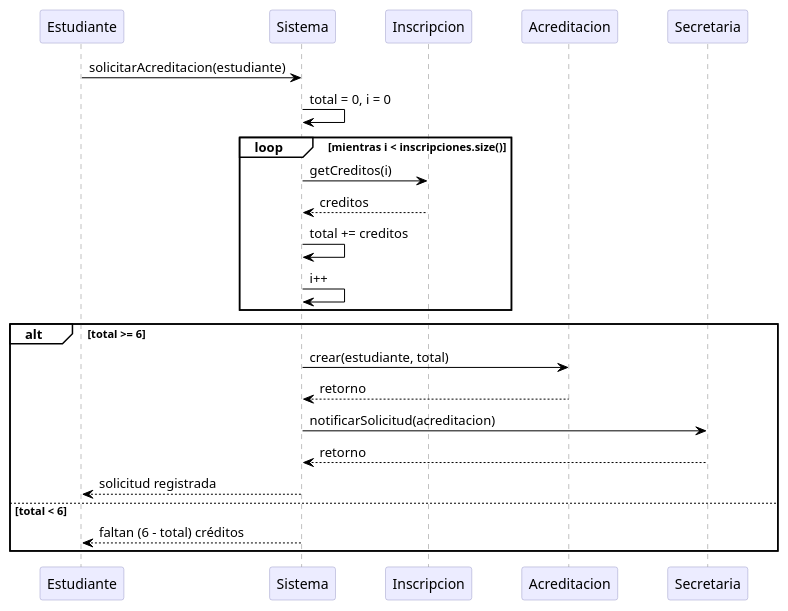
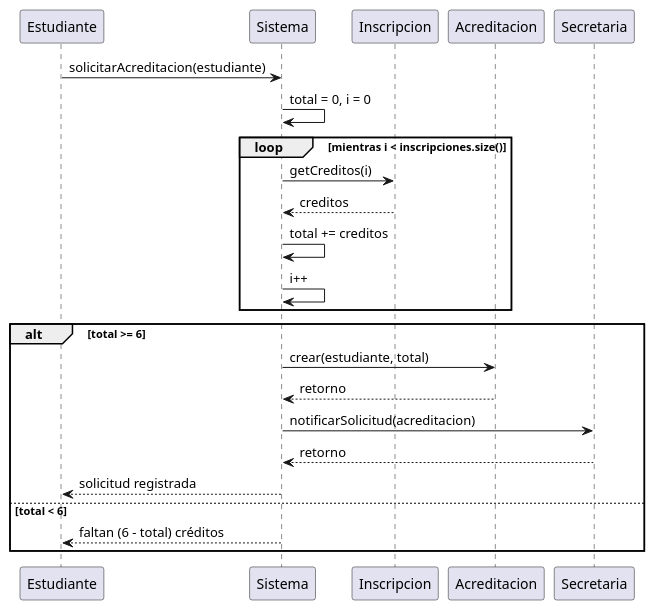
Before and after one commit to SaraVaqueroRelea/26-27-IdSw1-SDR: the diagram in diagramas/diagramaSecuencia/diagramaSecuencias.puml, drawn with PlantUML.

Commit message:
Refactor sequence diagram for accreditation process

```diff
--- a/diagramas/diagramaSecuencia/diagramaSecuencias.puml
+++ b/diagramas/diagramaSecuencia/diagramaSecuencias.puml
@@ -1,41 +1,25 @@
-@startuml
-skinparam shadowing false
-skinparam sequenceMessageAlign left
-skinparam ParticipantPadding 20
-skinparam sequence {
-  ArrowColor black
-  LifeLineBorderColor gray
-  LifeLineBackgroundColor white
-  ParticipantBackgroundColor #ECECFF
-  ParticipantBorderColor #9B9BC8
-  GroupBorderColor black
-  GroupBackgroundColor white
-}
+    participant Estudiante
+    participant Sistema
+    participant Inscripcion
+    participant Acreditacion
+    participant Secretaria
 
-participant Estudiante
-participant Sistema
-participant "Inscripcion" as Inscripcion
-participant Acreditacion
-participant Secretaria
+    Estudiante -> Sistema : solicitarAcreditacion(estudiante)
+    Sistema -> Sistema : total = 0, i = 0
 
-Estudiante -> Sistema : solicitarAcreditacion(estudiante)
-Sistema -> Sistema : total = 0, i = 0
+    loop mientras i < inscripciones.size()
+        Sistema -> Inscripcion : getCreditos(i)
+        Inscripcion --> Sistema : creditos
+        Sistema -> Sistema : total += creditos
+        Sistema -> Sistema : i++
+    end
 
-loop mientras i < inscripciones.size()
-    Sistema -> Inscripcion : getCreditos(i)
-    Inscripcion --> Sistema : creditos
-    Sistema -> Sistema : total += creditos
-    Sistema -> Sistema : i++
-end
-
-alt total >= 6
-    Sistema -> Acreditacion : crear(estudiante, total)
-    Acreditacion --> Sistema : retorno
-    Sistema -> Secretaria : notificarSolicitud(acreditacion)
-    Secretaria --> Sistema : retorno
-    Sistema --> Estudiante : solicitud registrada
-else total < 6
-    Sistema --> Estudiante : faltan (6 - total) créditos
-end
-
-@enduml
+    alt total >= 6
+        Sistema -> Acreditacion : crear(estudiante, total)
+        Acreditacion --> Sistema : retorno
+        Sistema -> Secretaria : notificarSolicitud(acreditacion)
+        Secretaria --> Sistema : retorno
+        Sistema --> Estudiante : solicitud registrada
+    else total < 6
+        Sistema --> Estudiante : faltan (6 - total) créditos
+    end
```
